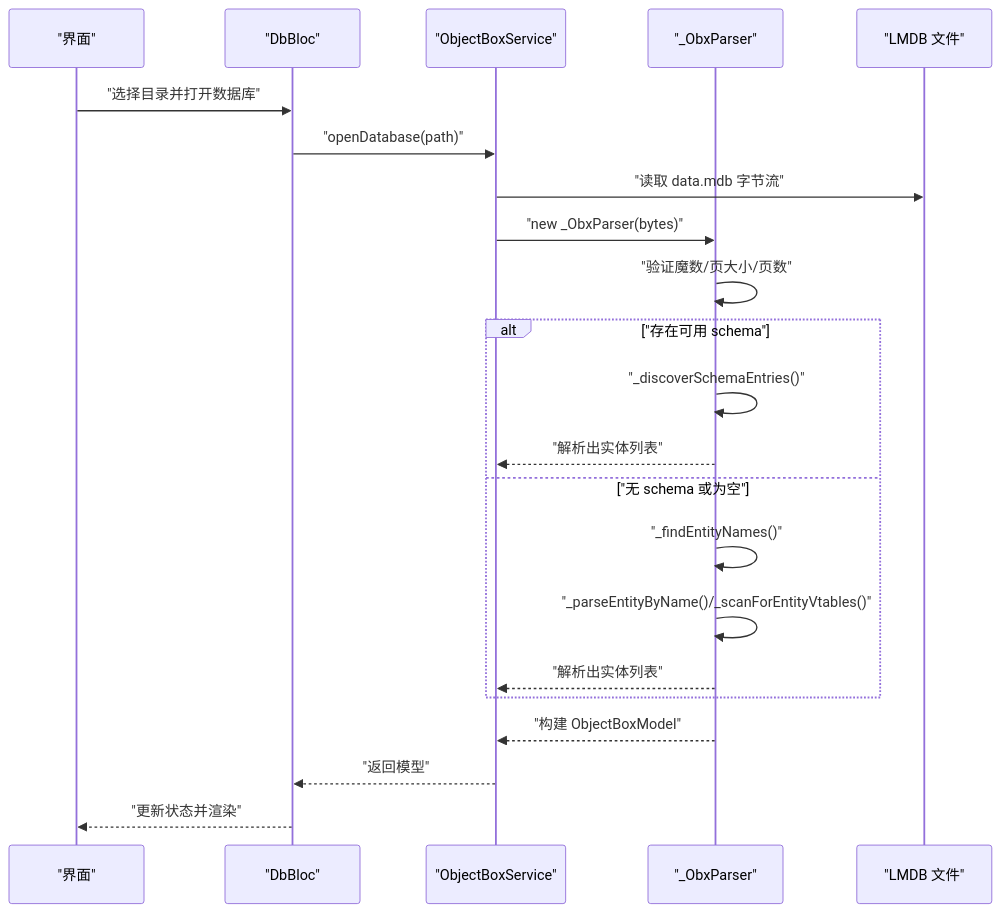
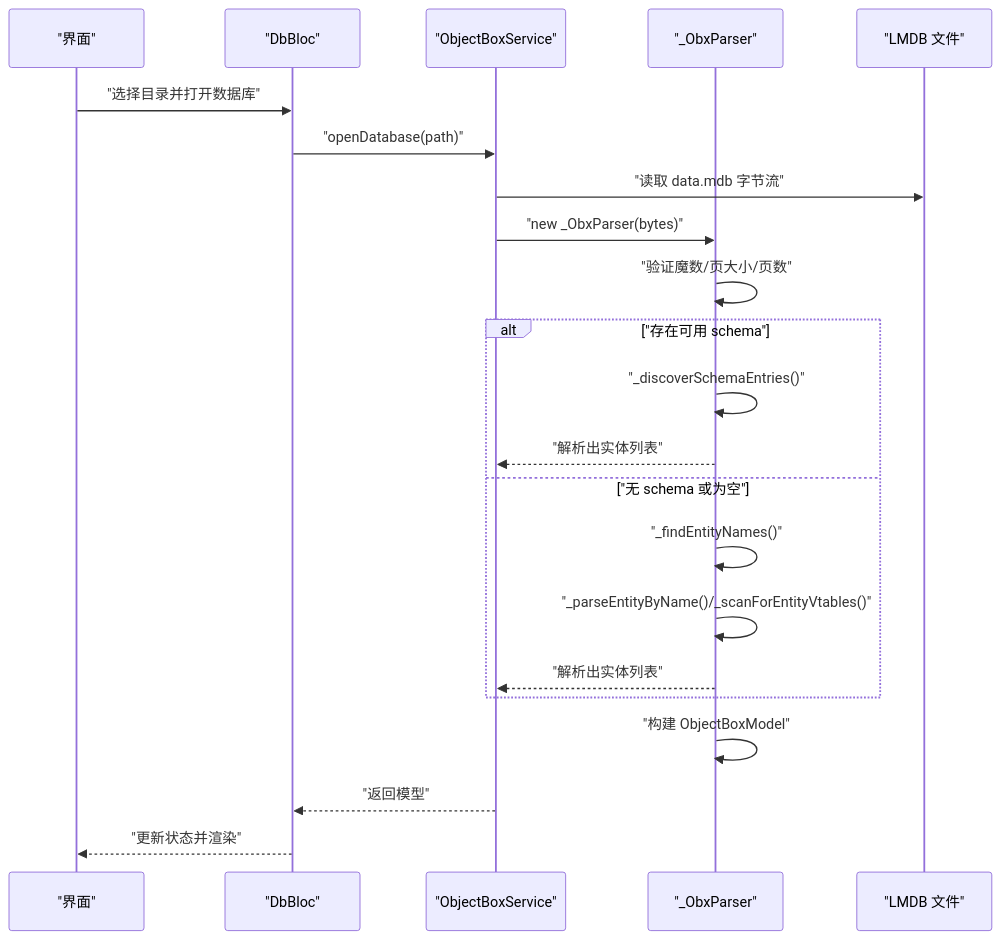
Before and after one commit to kongpf8848/objectbox_viewer: the second of 4 diagrams in .qoder/repowiki/zh/content/核心功能/自动发现机制.md, drawn with Mermaid. The commit also changed other lines of this file and 8 other files, not shown here.

````diff
--- a/.qoder/repowiki/zh/content/核心功能/自动发现机制.md
+++ b/.qoder/repowiki/zh/content/核心功能/自动发现机制.md
@@ -95,24 +104,24 @@
 ```mermaid
 sequenceDiagram
 participant UI as "界面"
 participant Bloc as "DbBloc"
 participant Svc as "ObjectBoxService"
 participant Parser as "_ObxParser"
 participant MDB as "LMDB 文件"
 UI->>Bloc : "选择目录并打开数据库"
 Bloc->>Svc : "openDatabase(path)"
 Svc->>MDB : "读取 data.mdb 字节流"
 Svc->>Parser : "new _ObxParser(bytes)"
 Parser->>Parser : "验证魔数/页大小/页数"
 alt "存在可用 schema"
 Parser->>Parser : "_discoverSchemaEntries()"
 Parser-->>Svc : "解析出实体列表"
 else "无 schema 或为空"
 Parser->>Parser : "_findEntityNames()"
 Parser->>Parser : "_parseEntityByName()/_scanForEntityVtables()"
 Parser-->>Svc : "解析出实体列表"
 end
-Parser-->>Svc : "构建 ObjectBoxModel"
+Parser->>Parser : "构建 ObjectBoxModel"
 Svc-->>Bloc : "返回模型"
 Bloc-->>UI : "更新状态并渲染"
 ```
````
